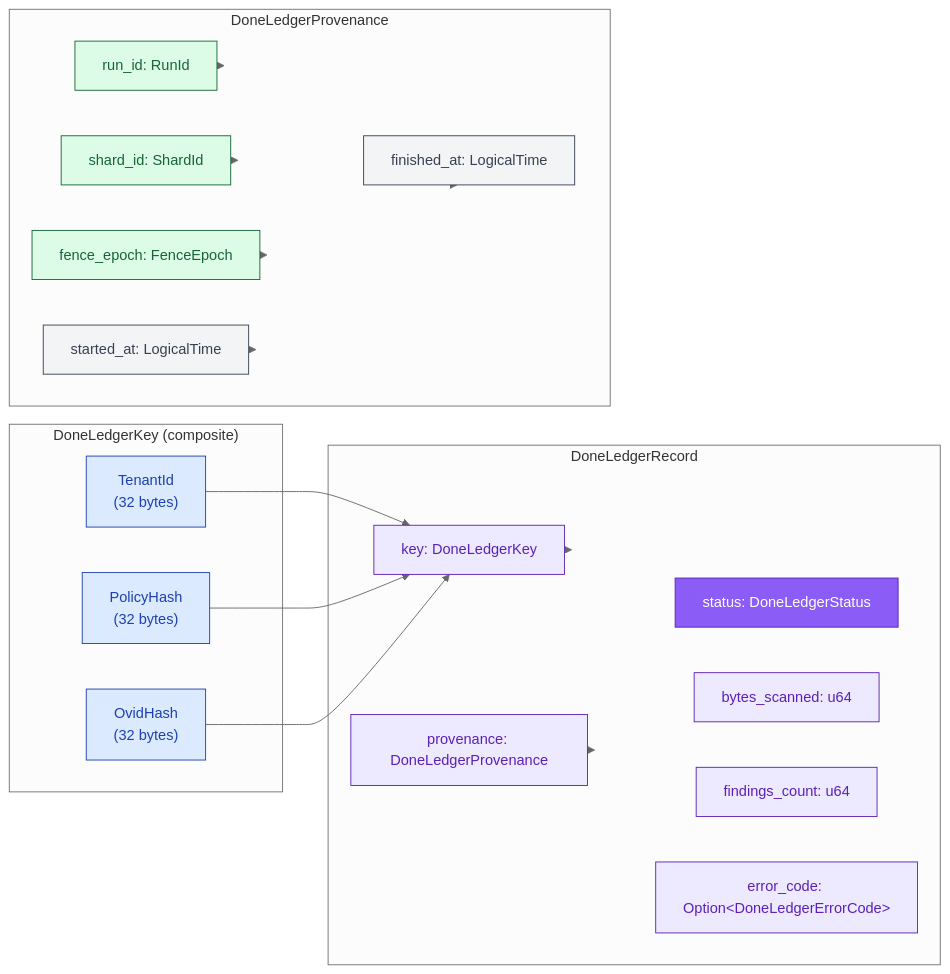
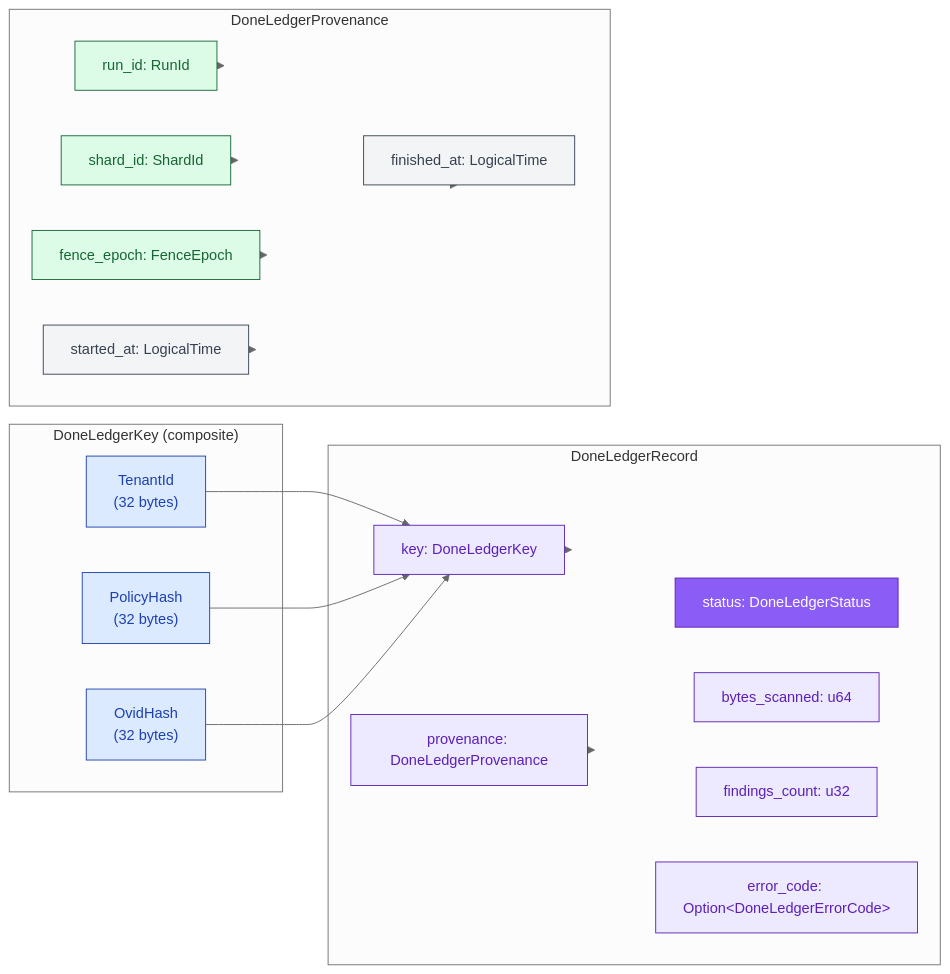
Before and after one commit to ahrav/Gossip-rs: the fourth of 6 diagrams in diagrams/19-persistence-contracts.md, drawn with Mermaid (neutral theme). The commit also changed other lines of this file and 10 other files, not shown here.

First line of the commit message:
Remove line numbers from diagram code reference tables

````diff
--- a/diagrams/19-persistence-contracts.md
+++ b/diagrams/19-persistence-contracts.md
@@ -303,55 +303,55 @@
 ```mermaid
 %% Diagram: done-ledger-record-structure
 graph LR
     subgraph key ["DoneLedgerKey (composite)"]
         TID["TenantId<br/>(32 bytes)"]
         PH["PolicyHash<br/>(32 bytes)"]
         OH["OvidHash<br/>(32 bytes)"]
     end
 
     subgraph record ["DoneLedgerRecord"]
         KEY["key: DoneLedgerKey"]
         STATUS["status: DoneLedgerStatus"]
         BYTES["bytes_scanned: u64"]
-        FC["findings_count: u64"]
+        FC["findings_count: u32"]
         PROV["provenance: DoneLedgerProvenance"]
         EC["error_code: Option&lt;DoneLedgerErrorCode&gt;"]
     end
 
     subgraph provenance ["DoneLedgerProvenance"]
         RID["run_id: RunId"]
         SID["shard_id: ShardId"]
         FE["fence_epoch: FenceEpoch"]
         SA["started_at: LogicalTime"]
         FA["finished_at: LogicalTime"]
     end
 
     TID --> KEY
     PH --> KEY
     OH --> KEY
     KEY --> record
     PROV --> record
 
     RID --> provenance
     SID --> provenance
     FE --> provenance
     SA --> provenance
     FA --> provenance
 
     style TID fill:#DBEAFE,stroke:#1E40AF,color:#1E40AF
     style PH fill:#DBEAFE,stroke:#1E40AF,color:#1E40AF
     style OH fill:#DBEAFE,stroke:#1E40AF,color:#1E40AF
 
     style KEY fill:#EDE9FE,stroke:#5B21B6,color:#5B21B6
     style STATUS fill:#8B5CF6,stroke:#5B21B6,color:#FFF
     style BYTES fill:#EDE9FE,stroke:#5B21B6,color:#5B21B6
     style FC fill:#EDE9FE,stroke:#5B21B6,color:#5B21B6
     style PROV fill:#EDE9FE,stroke:#5B21B6,color:#5B21B6
     style EC fill:#EDE9FE,stroke:#5B21B6,color:#5B21B6
 
     style RID fill:#DCFCE7,stroke:#166534,color:#166534
     style SID fill:#DCFCE7,stroke:#166534,color:#166534
     style FE fill:#DCFCE7,stroke:#166534,color:#166534
     style SA fill:#F3F4F6,stroke:#374151,color:#374151
     style FA fill:#F3F4F6,stroke:#374151,color:#374151
 ```
````
